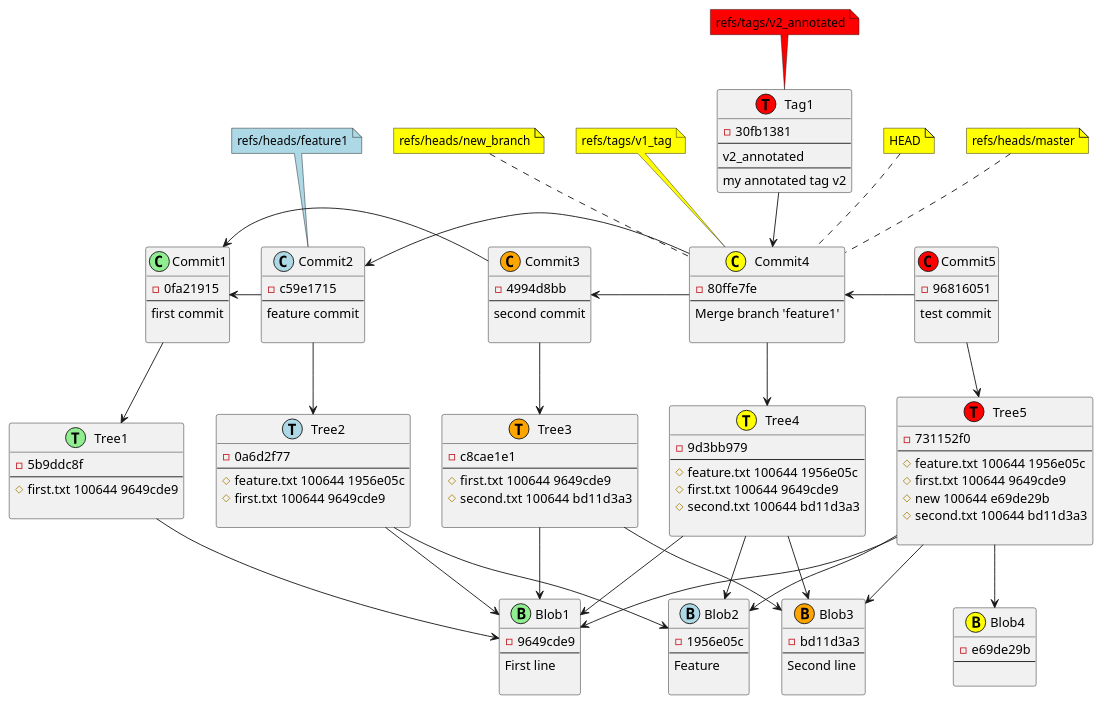
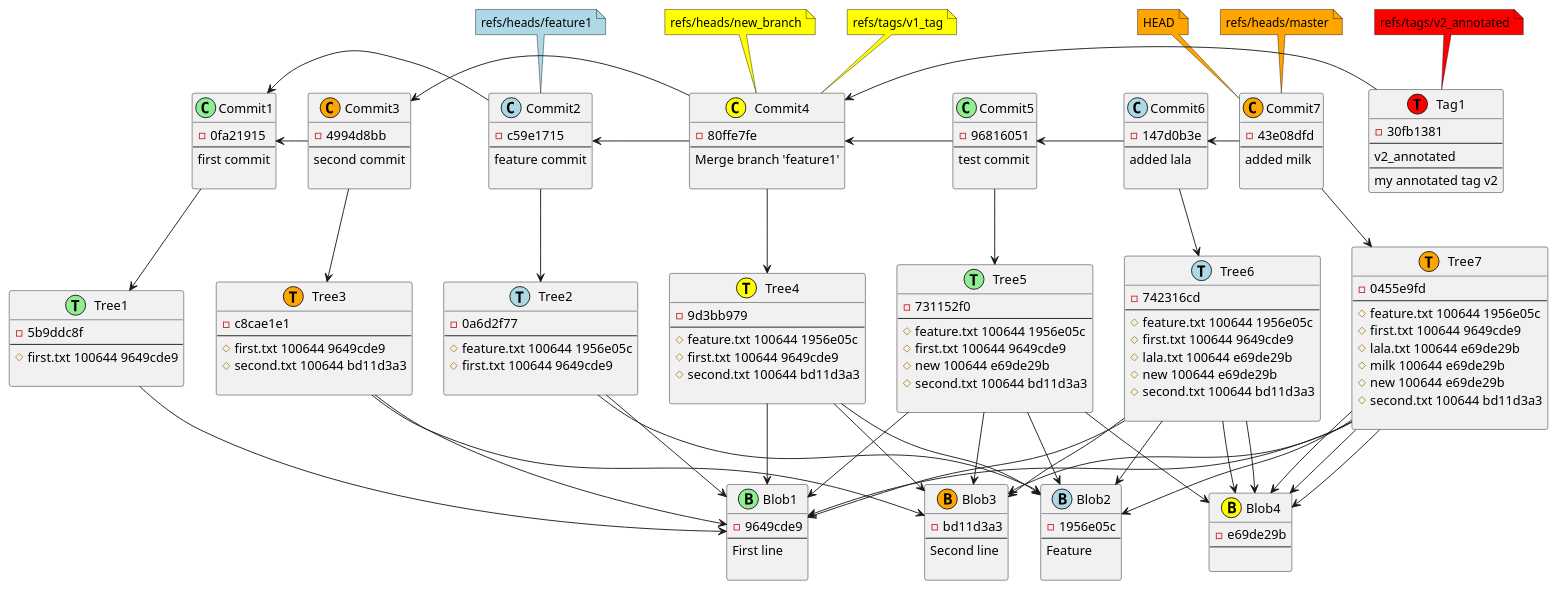
Before and after one commit to tsypuk/git2plantuml: the diagram in src/main/resources/diagram.adoc, drawn with PlantUML. The commit also changed 1 other file, not shown here.

Commit message:
added smart color pick algorithm

```diff
--- a/src/main/resources/diagram.adoc
+++ b/src/main/resources/diagram.adoc
@@ -1,7 +1,19 @@
 [plantuml, commit,png, title=commit action, width=1000, height=1000]
 ....
 
-class Commit5 <<(C,red)>> {
+class Commit7 <<(C,orange)>> {
+-43e08dfd
+--
+added milk
+
+}
+class Commit6 <<(C,lightblue)>> {
+-147d0b3e
+--
+added lala
+
+}
+class Commit5 <<(C,lightgreen)>> {
 -96816051
 --
 test commit
@@ -31,7 +43,28 @@
 first commit
 
 }
-class Tree5 <<(T,red)>> {
+class Tree7 <<(T,orange)>> {
+-0455e9fd
+--
+# feature.txt 100644 1956e05c
+# first.txt 100644 9649cde9
+# lala.txt 100644 e69de29b
+# milk 100644 e69de29b
+# new 100644 e69de29b
+# second.txt 100644 bd11d3a3
+
+}
+class Tree6 <<(T,lightblue)>> {
+-742316cd
+--
+# feature.txt 100644 1956e05c
+# first.txt 100644 9649cde9
+# lala.txt 100644 e69de29b
+# new 100644 e69de29b
+# second.txt 100644 bd11d3a3
+
+}
+class Tree5 <<(T,lightgreen)>> {
 -731152f0
 --
 # feature.txt 100644 1956e05c
@@ -98,12 +131,25 @@
 --
 my annotated tag v2
 }
-Tag1 -d-> Commit4
+Tag1 -l-> Commit4
+Commit7 --> Tree7
+Commit6 --> Tree6
 Commit5 --> Tree5
 Commit4 --> Tree4
 Commit3 --> Tree3
 Commit2 --> Tree2
 Commit1 --> Tree1
+Tree7 --> Blob2
+Tree7 --> Blob1
+Tree7 --> Blob4
+Tree7 --> Blob4
+Tree7 --> Blob4
+Tree7 --> Blob3
+Tree6 --> Blob2
+Tree6 --> Blob1
+Tree6 --> Blob4
+Tree6 --> Blob4
+Tree6 --> Blob3
 Tree5 --> Blob2
 Tree5 --> Blob1
 Tree5 --> Blob4
@@ -116,16 +162,17 @@
 Tree2 --> Blob2
 Tree2 --> Blob1
 Tree1 --> Blob1
+Commit6 -l-> Commit5
 Commit4 -l-> Commit2
 Commit4 -l-> Commit3
+Commit7 -l-> Commit6
 Commit2 -l-> Commit1
+Commit5 -l-> Commit4
 Commit3 -l-> Commit1
-Commit5 -l-> Commit4
-
-note top of Commit4 #yellow : HEAD
+note top of Commit7 #orange : HEAD
 note top of Commit2 #lightblue : refs/heads/feature1
 note top of Tag1 #red : refs/tags/v2_annotated
-note top of Commit4 #yellow : refs/heads/master
+note top of Commit7 #orange : refs/heads/master
 note top of Commit4 #yellow : refs/heads/new_branch
 note top of Commit4 #yellow : refs/tags/v1_tag
 
```
